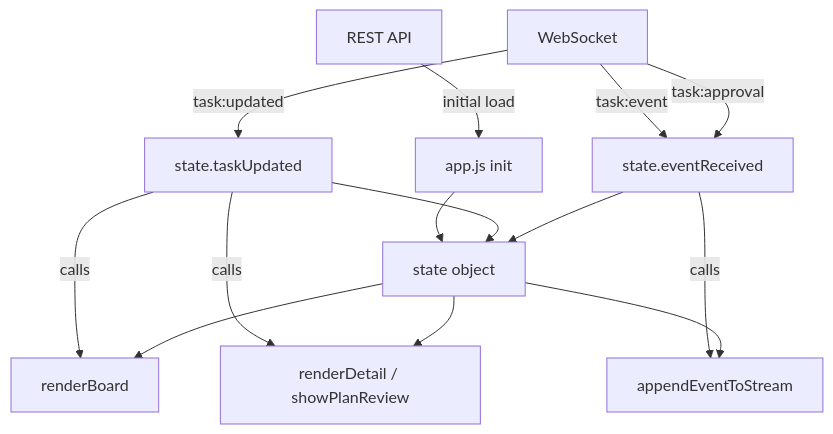
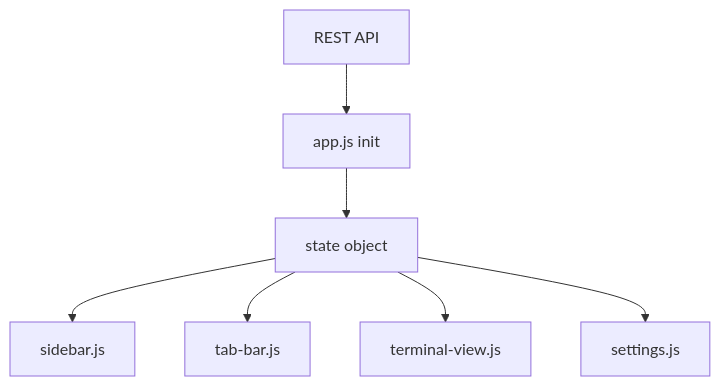
One commit to Dtouch24680/nanocode changed the diagram in public/docs/state-management.md. Above: the diagram before and after it, drawn with Mermaid. The commit also changed other lines of this file and 47 other files, not shown here.

First line of the commit message:
Refactor codebuilder into terminal-first workspace, remove task orchestration layer

````diff
--- a/public/docs/state-management.md
+++ b/public/docs/state-management.md
@@ -7,19 +7,9 @@
 ```mermaid
 graph TD
-    WS[WebSocket] -->|task:updated| MUT[state.taskUpdated]
-    WS -->|task:event| EVT[state.eventReceived]
-    WS -->|task:approval| EVT
-    REST[REST API] -->|initial load| INIT[app.js init]
+    REST[REST API] --> INIT[app.js init]
     INIT --> STATE[state object]
-
-    MUT --> STATE
-    EVT --> STATE
-
-    MUT -->|calls| BOARD[renderBoard]
-    MUT -->|calls| DETAIL[renderDetail / showPlanReview]
-    EVT -->|calls| APPEND[appendEventToStream]
-
-    STATE --> BOARD
-    STATE --> DETAIL
-    STATE --> APPEND
+    STATE --> SIDEBAR[sidebar.js]
+    STATE --> TABS[tab-bar.js]
+    STATE --> TERMINAL[terminal-view.js]
+    STATE --> SETTINGS[settings.js]
 ```
````
